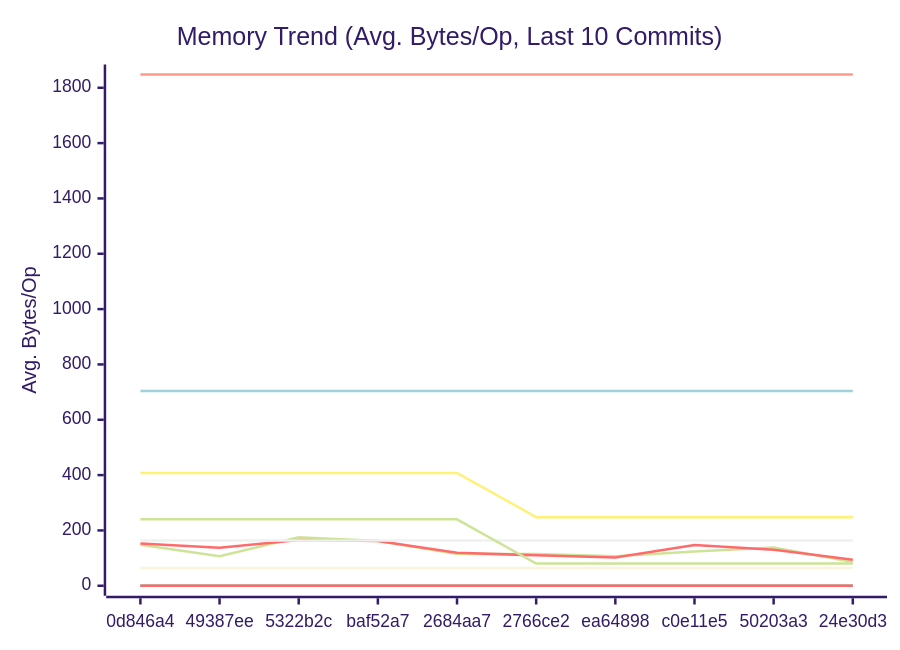
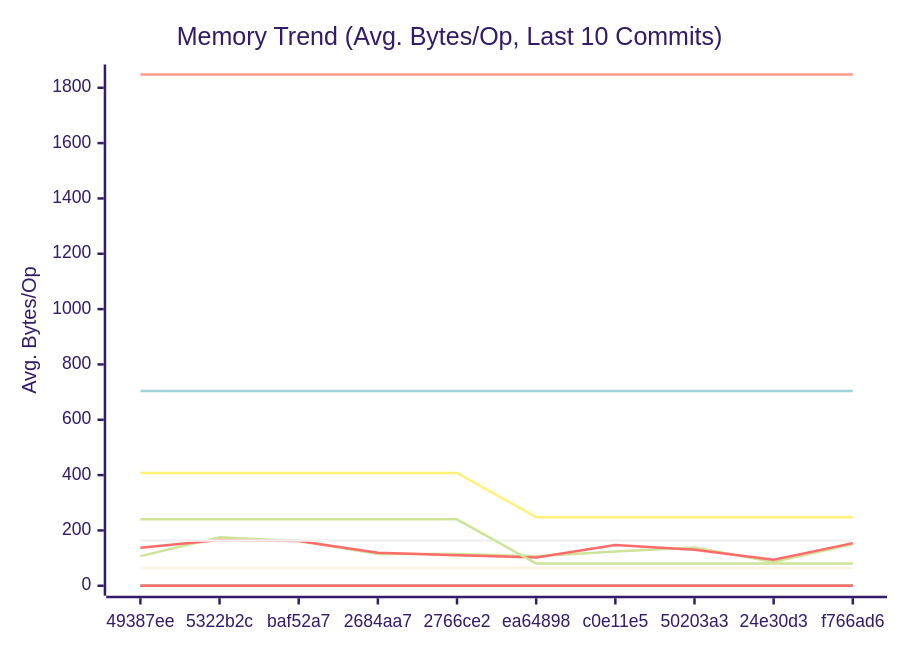
Before and after one commit to alsotoes/momo: the second of 3 diagrams in docs/PERFORMANCE.md, drawn with Mermaid (forest theme). The commit also changed other lines of this file and 2 other files, not shown here.

````diff
--- a/docs/PERFORMANCE.md
+++ b/docs/PERFORMANCE.md
@@ -171,20 +171,20 @@
 ```mermaid
 xychart-beta
     title "Memory Trend (Avg. Bytes/Op, Last 10 Commits)"
     x-axis "Commit"
     y-axis "Avg. Bytes/Op"
-    x-axis [0d846a4,49387ee,5322b2c,baf52a7,2684aa7,2766ce2,ea64898,c0e11e5,50203a3,24e30d3]
-    line "AWSChunkedReaderSigned" [148,107,175,162,115,115,107,124,138,86]
-    line "AWSChunkedReaderUnsigned" [153,137,165,162,119,110,102,147,130,94]
+    x-axis [49387ee,5322b2c,baf52a7,2684aa7,2766ce2,ea64898,c0e11e5,50203a3,24e30d3,f766ad6]
+    line "AWSChunkedReaderSigned" [107,175,162,115,115,107,124,138,86,150]
+    line "AWSChunkedReaderUnsigned" [137,165,162,119,110,102,147,130,94,154]
     line "CheckMetricsAndSwap" [0,0,0,0,0,0,0,0,0,0]
     line "CrushOptimized" [0,0,0,0,0,0,0,0,0,0]
     line "CrushOriginal" [164,164,164,164,164,164,164,164,164,164]
     line "IndexDirectTracking" [0,0,0,0,0,0,0,0,0,0]
     line "IndexSearch" [0,0,0,0,0,0,0,0,0,0]
     line "LoadGlobalConfig" [1848,1848,1848,1848,1848,1848,1848,1848,1848,1848]
     line "PadString" [64,64,64,64,64,64,64,64,64,64]
     line "ParseReplicationOrder_NoPrealloc" [408,408,408,408,408,248,248,248,248,248]
     line "ParseReplicationOrder_Prealloc" [240,240,240,240,240,80,80,80,80,80]
     line "SanitizeLog/Safe" [0,0,0,0,0,0,0,0,0,0]
     line "SanitizeLog/Unsafe" [704,704,704,704,704,704,704,704,704,704]
 ```
````
